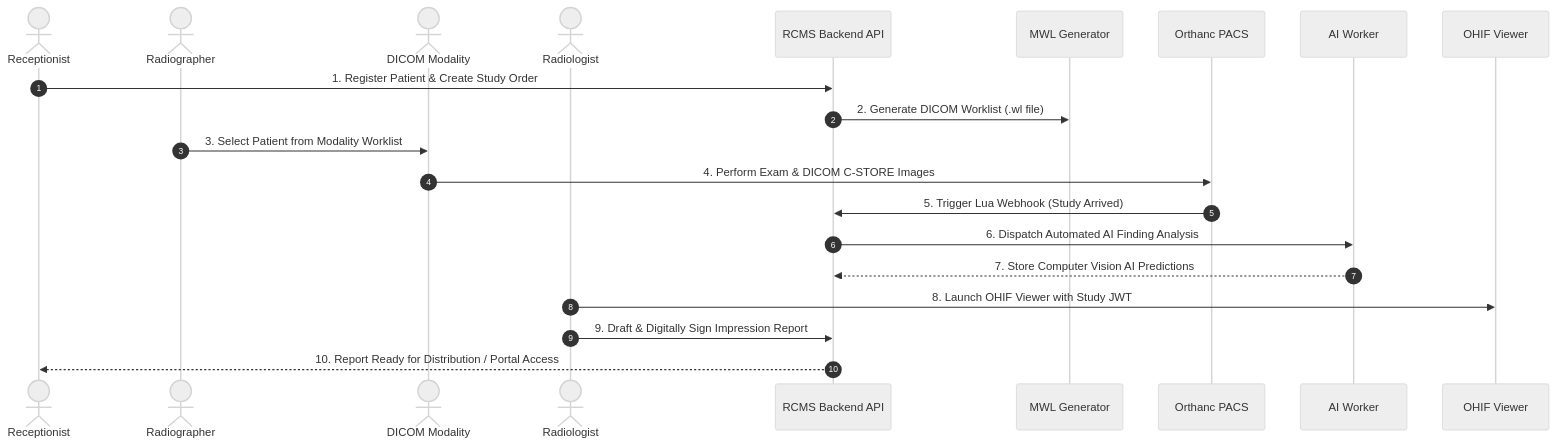
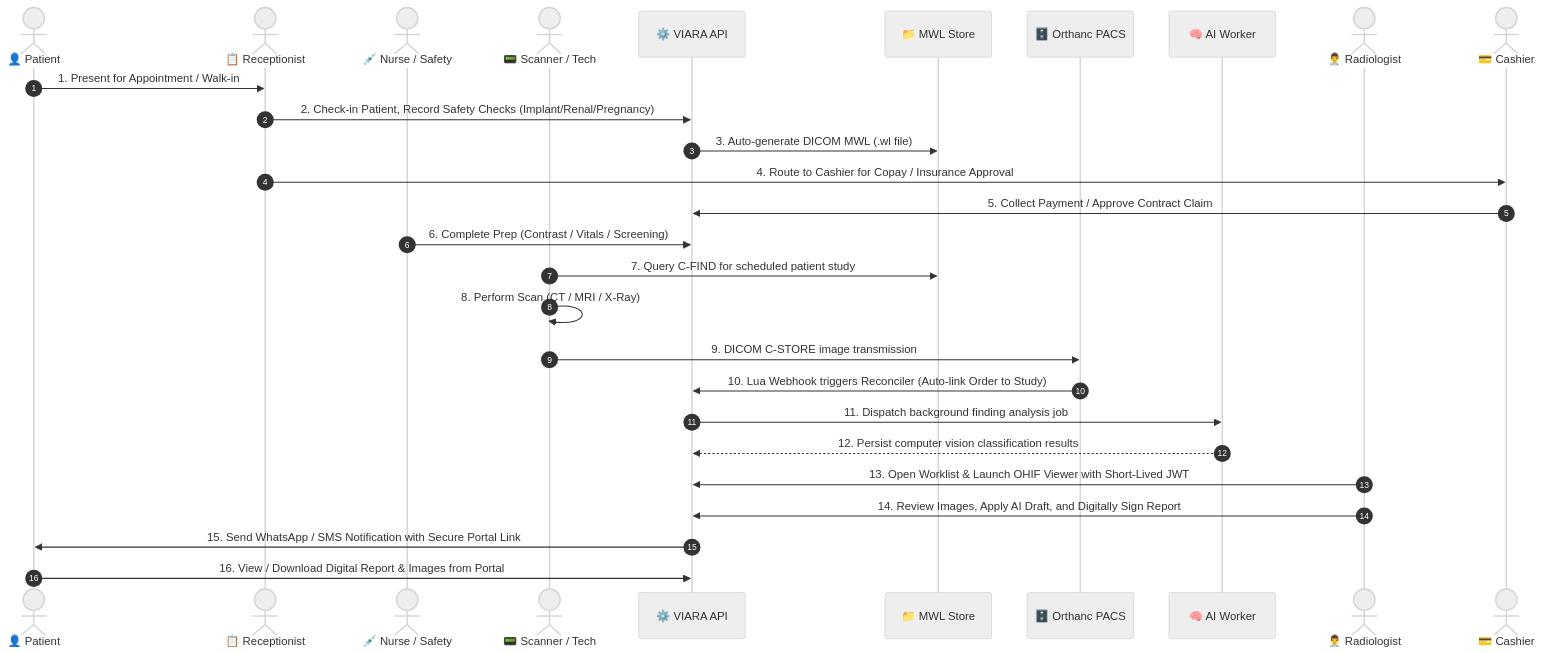
Before and after one commit to abdo-elshaikh/VIARA-RCMS: the second of 3 diagrams in README.md, drawn with Mermaid (neutral theme). The commit also changed other lines of this file and 1219 other files, not shown here.

Commit message:
feat: implement comprehensive portal integration, enhanced backend services, and localized multi-language UI support

````diff
--- a/README.md
+++ b/README.md
@@ -68,24 +142,31 @@
 ```mermaid
 sequenceDiagram
     autonumber
-    actor Rec as Receptionist
-    actor Tech as Radiographer
-    actor Scanner as DICOM Modality
-    actor Rad as Radiologist
-    participant API as RCMS Backend API
-    participant MWL as MWL Generator
-    participant Orthanc as Orthanc PACS
-    participant AI as AI Worker
-    participant Viewer as OHIF Viewer
+    actor Patient as 👤 Patient
+    actor Rec as 📋 Receptionist
+    actor Nurse as 💉 Nurse / Safety
+    actor Modality as 📟 Scanner / Tech
+    participant RIS as ⚙️ VIARA API
+    participant MWL as 📁 MWL Store
+    participant PACS as 🗄️ Orthanc PACS
+    participant AI as 🧠 AI Worker
+    actor Rad as 👨‍⚕️ Radiologist
+    actor Cashier as 💳 Cashier
 
-    Rec->>API: 1. Register Patient & Create Study Order
-    API->>MWL: 2. Generate DICOM Worklist (.wl file)
-    Tech->>Scanner: 3. Select Patient from Modality Worklist
-    Scanner->>Orthanc: 4. Perform Exam & DICOM C-STORE Images
-    Orthanc->>API: 5. Trigger Lua Webhook (Study Arrived)
-    API->>AI: 6. Dispatch Automated AI Finding Analysis
-    AI-->>API: 7. Store Computer Vision AI Predictions
-    Rad->>Viewer: 8. Launch OHIF Viewer with Study JWT
-    Rad->>API: 9. Draft & Digitally Sign Impression Report
-    API-->>Rec: 10. Report Ready for Distribution / Portal Access
+    Patient->>Rec: 1. Present for Appointment / Walk-in
+    Rec->>RIS: 2. Check-in Patient, Record Safety Checks (Implant/Renal/Pregnancy)
+    RIS->>MWL: 3. Auto-generate DICOM MWL (.wl file)
+    Rec->>Cashier: 4. Route to Cashier for Copay / Insurance Approval
+    Cashier->>RIS: 5. Collect Payment / Approve Contract Claim
+    Nurse->>RIS: 6. Complete Prep (Contrast / Vitals / Screening)
+    Modality->>MWL: 7. Query C-FIND for scheduled patient study
+    Modality->>Modality: 8. Perform Scan (CT / MRI / X-Ray)
+    Modality->>PACS: 9. DICOM C-STORE image transmission
+    PACS->>RIS: 10. Lua Webhook triggers Reconciler (Auto-link Order to Study)
+    RIS->>AI: 11. Dispatch background finding analysis job
+    AI-->>RIS: 12. Persist computer vision classification results
+    Rad->>RIS: 13. Open Worklist & Launch OHIF Viewer with Short-Lived JWT
+    Rad->>RIS: 14. Review Images, Apply AI Draft, and Digitally Sign Report
+    RIS->>Patient: 15. Send WhatsApp / SMS Notification with Secure Portal Link
+    Patient->>RIS: 16. View / Download Digital Report & Images from Portal
 ```
````
